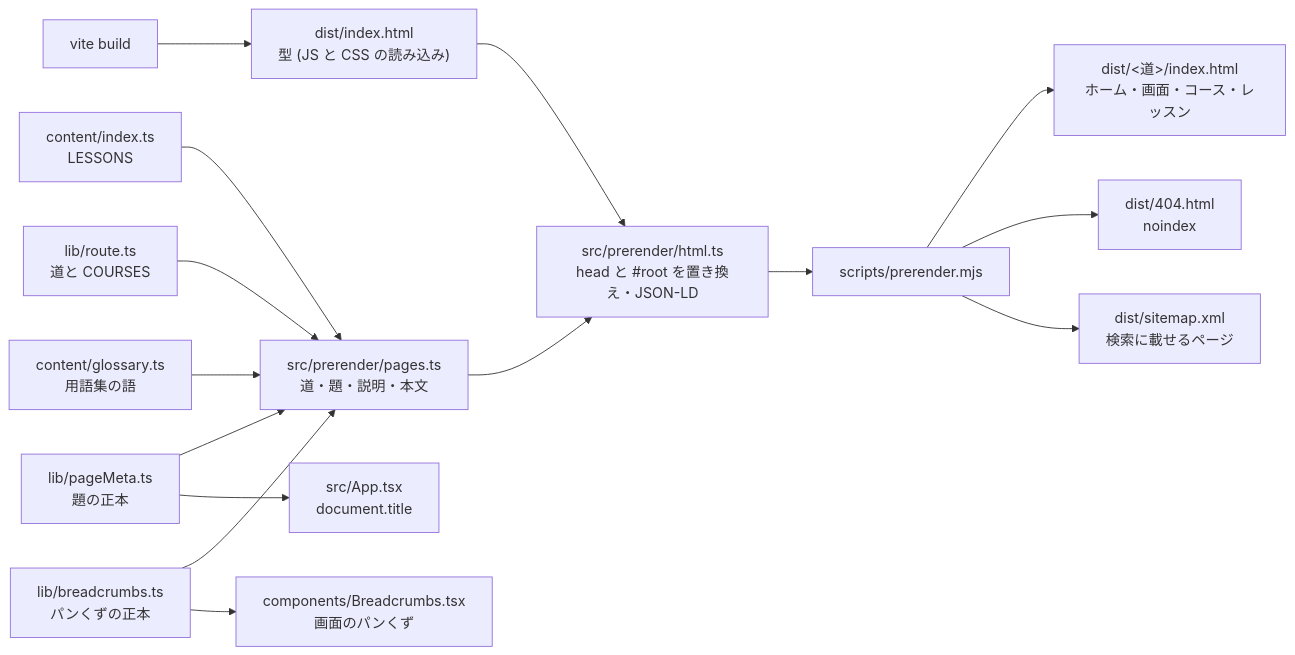
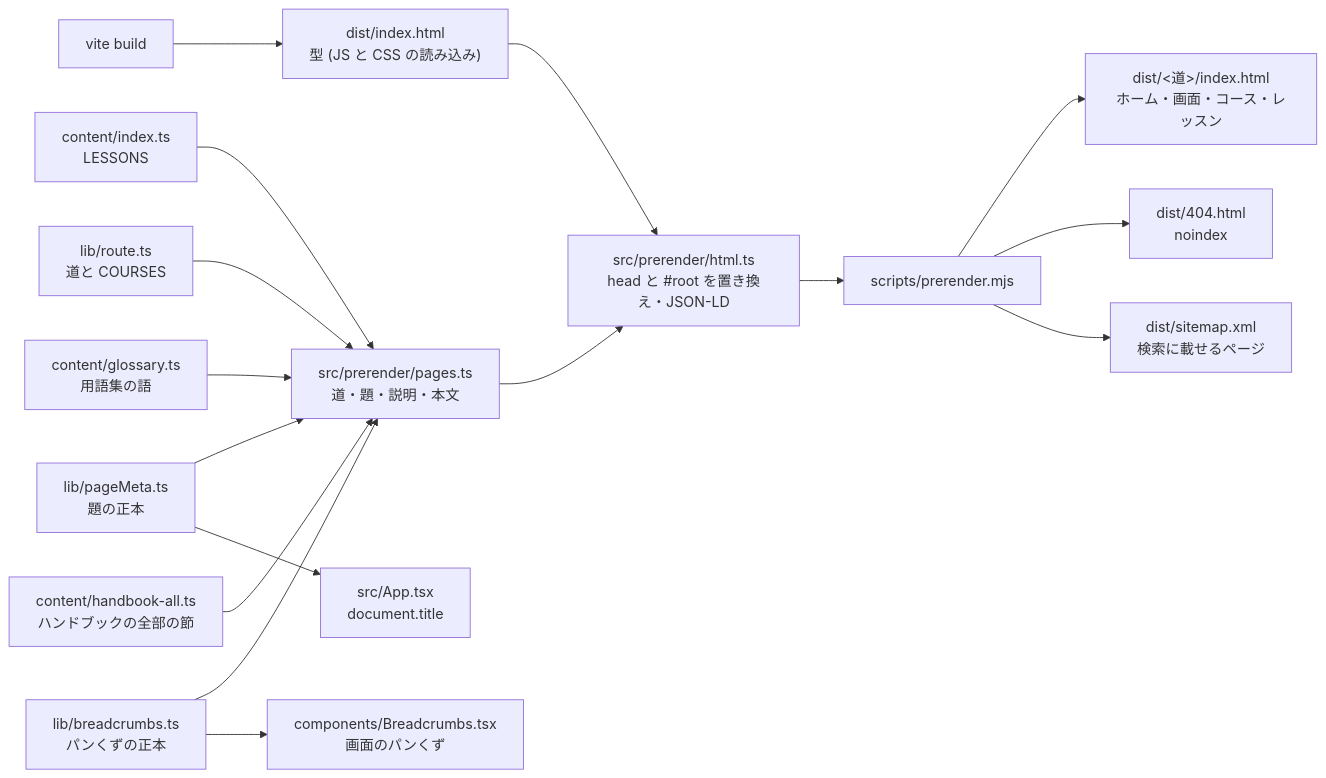
The third of 3 diagrams in README.md (maco165/gantlo), drawn with Mermaid before and after one commit. The commit also changed other lines of this file and 25 other files, not shown here.

````diff
--- a/README.md
+++ b/README.md
@@ -174,17 +190,18 @@
 ```mermaid
 flowchart LR
   build["vite build"] --> tpl["dist/index.html<br/>型 (JS と CSS の読み込み)"]
   content["content/index.ts<br/>LESSONS"] --> pages["src/prerender/pages.ts<br/>道・題・説明・本文"]
   route["lib/route.ts<br/>道と COURSES"] --> pages
   meta["lib/pageMeta.ts<br/>題の正本"] --> pages
   meta --> app["src/App.tsx<br/>document.title"]
   glossary["content/glossary.ts<br/>用語集の語"] --> pages
+  handbook["content/handbook-all.ts<br/>ハンドブックの全部の節"] --> pages
   crumbs["lib/breadcrumbs.ts<br/>パンくずの正本"] --> pages
   crumbs --> app2["components/Breadcrumbs.tsx<br/>画面のパンくず"]
   tpl --> html["src/prerender/html.ts<br/>head と #root を置き換え・JSON-LD"]
   pages --> html
   html --> pre["scripts/prerender.mjs"]
   pre --> out["dist/#lt;道#gt;/index.html<br/>ホーム・画面・コース・レッスン"]
   pre --> nf["dist/404.html<br/>noindex"]
   pre --> sm["dist/sitemap.xml<br/>検索に載せるページ"]
 ```
````
